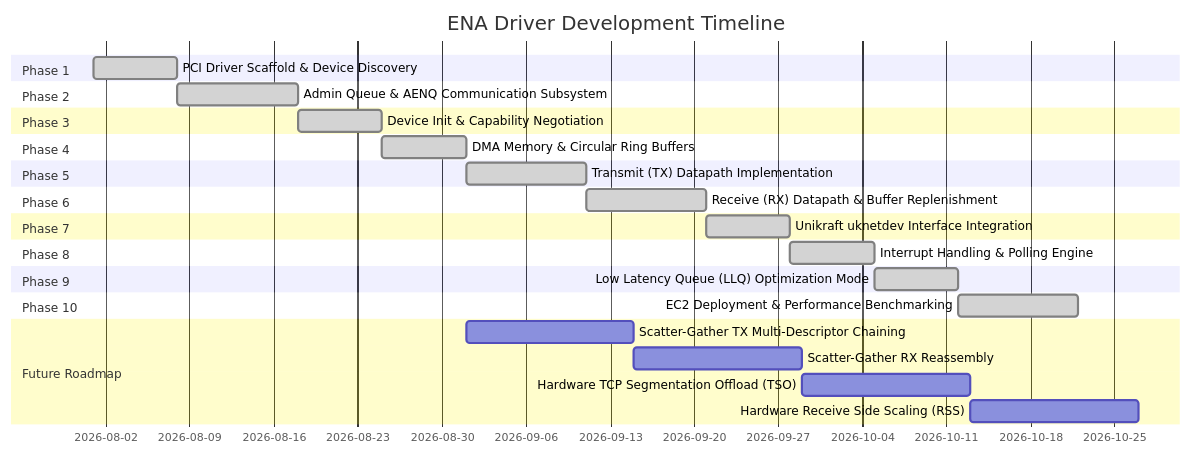
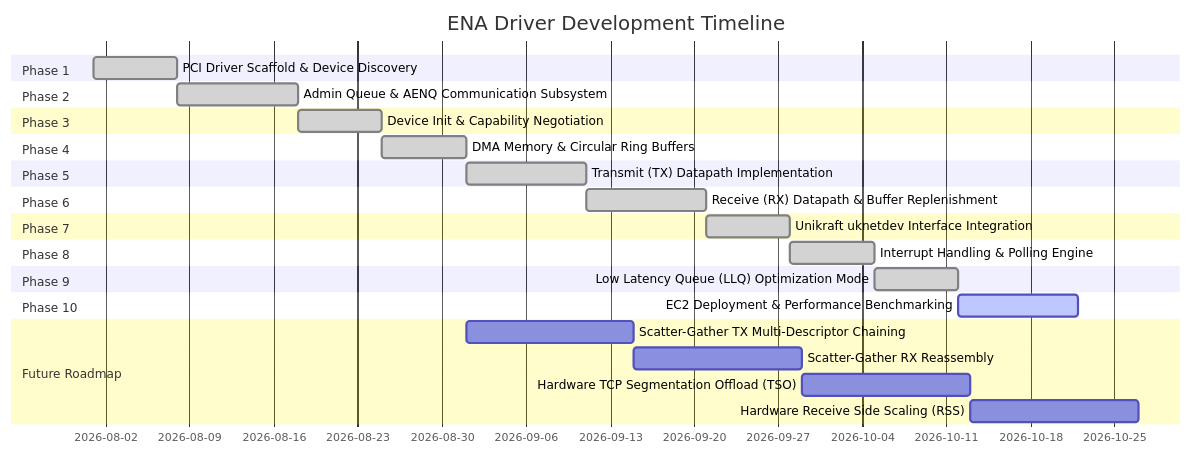
Before and after one commit to sibnick/lib-ena: the diagram in docs/roadmap.md, drawn with Mermaid. The commit also changed other lines of this file and 12 other files, not shown here.

````diff
--- a/docs/roadmap.md
+++ b/docs/roadmap.md
@@ -12,30 +12,30 @@
 ```mermaid
 gantt
     title ENA Driver Development Timeline
     dateFormat  YYYY-MM-DD
     section Phase 1
     PCI Driver Scaffold & Device Discovery       :done, p1, 2026-08-01, 7d
     section Phase 2
     Admin Queue & AENQ Communication Subsystem   :done, p2, after p1, 10d
     section Phase 3
     Device Init & Capability Negotiation         :done, p3, after p2, 7d
     section Phase 4
     DMA Memory & Circular Ring Buffers           :done, p4, after p3, 7d
     section Phase 5
     Transmit (TX) Datapath Implementation        :done, p5, after p4, 10d
     section Phase 6
     Receive (RX) Datapath & Buffer Replenishment :done, p6, after p5, 10d
     section Phase 7
     Unikraft uknetdev Interface Integration      :done, p7, after p6, 7d
     section Phase 8
     Interrupt Handling & Polling Engine          :done, p8, after p7, 7d
     section Phase 9
     Low Latency Queue (LLQ) Optimization Mode    :done, p9, after p8, 7d
     section Phase 10
-    EC2 Deployment & Performance Benchmarking    :done, p10, after p9, 10d
+    EC2 Deployment & Performance Benchmarking    :active, p10, after p9, 10d
     section Future Roadmap
     Scatter-Gather TX Multi-Descriptor Chaining  :p11, 2026-09-01, 14d
     Scatter-Gather RX Reassembly                 :p12, after p11, 14d
     Hardware TCP Segmentation Offload (TSO)      :p13, after p12, 14d
     Hardware Receive Side Scaling (RSS)          :p14, after p13, 14d
 ```
````
